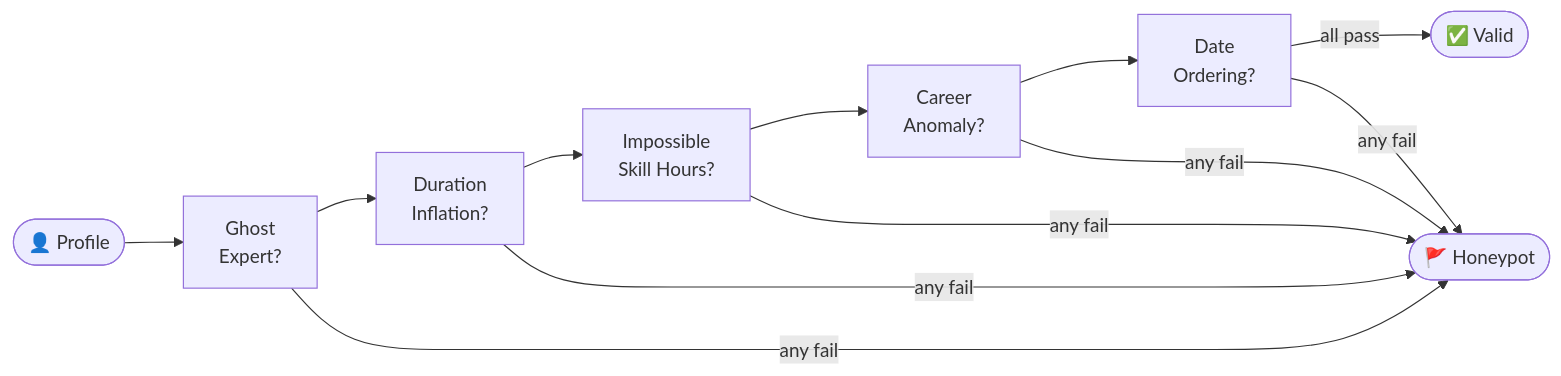
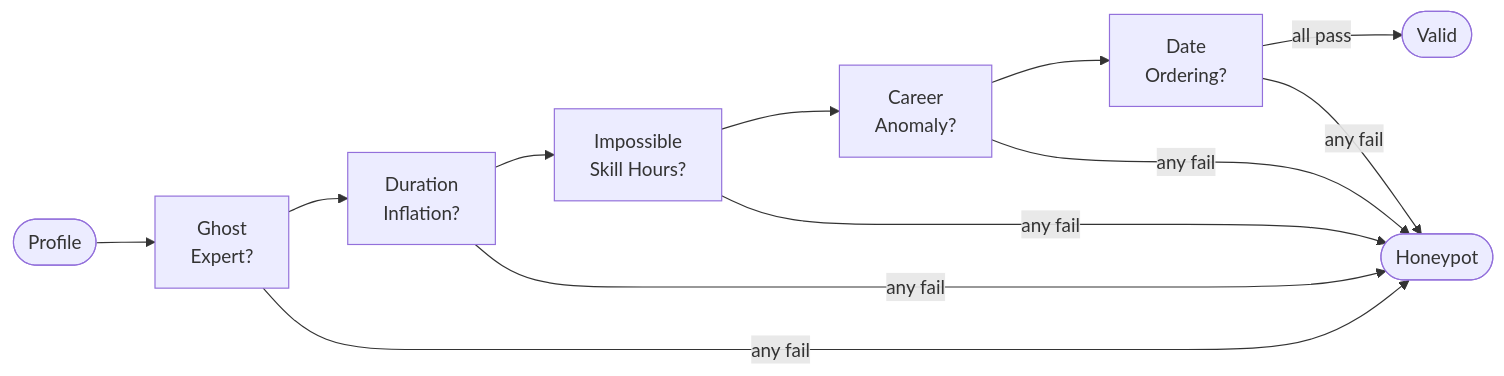
Before and after one commit to black1plague2/talentos-submission: the third of 3 diagrams in README.md, drawn with Mermaid. The commit also changed other lines of this file, not shown here.

````diff
--- a/README.md
+++ b/README.md
@@ -87,6 +78,6 @@
 ```mermaid
 flowchart LR
-    A([👤 Profile]) --> B[Ghost\nExpert?] --> C[Duration\nInflation?] --> D[Impossible\nSkill Hours?] --> E[Career\nAnomaly?] --> F[Date\nOrdering?]
-    F -- all pass --> G([✅ Valid])
-    B & C & D & E & F -- any fail --> Z([🚩 Honeypot])
+    A([Profile]) --> B[Ghost\nExpert?] --> C[Duration\nInflation?] --> D[Impossible\nSkill Hours?] --> E[Career\nAnomaly?] --> F[Date\nOrdering?]
+    F -- all pass --> G([Valid])
+    B & C & D & E & F -- any fail --> Z([Honeypot])
 ```
````
